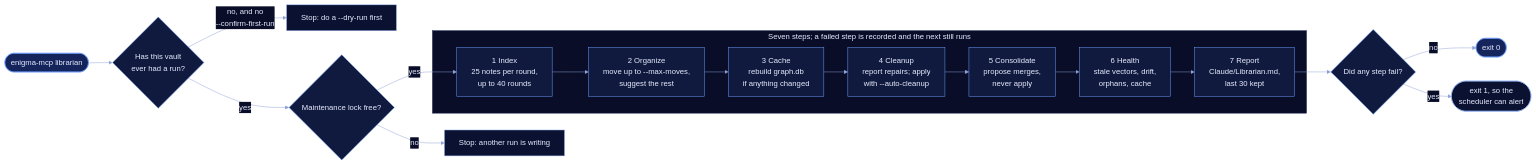
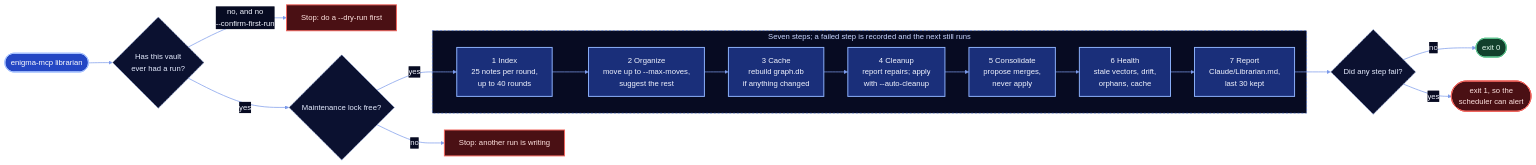
Before and after one commit to Rayhanson-Git/enigma: the third of 3 diagrams in README.md, drawn with Mermaid. The commit also changed other lines of this file and 5 other files, not shown here.

Commit message:
docs: real Obsidian animation recording, logo-coloured emblem, coloured diagrams

````diff
--- a/README.md
+++ b/README.md
@@ -230,29 +261,41 @@
 ```mermaid
-%%{init: {"theme": "base", "themeVariables": {"fontFamily": "-apple-system, Segoe UI, Helvetica, Arial, sans-serif", "primaryColor": "#101A3E", "primaryTextColor": "#E6ECFF", "primaryBorderColor": "#6FA0FF", "lineColor": "#8FA3D6", "clusterBkg": "#090D28", "clusterBorder": "#25315F", "titleColor": "#E6ECFF", "edgeLabelBackground": "#090D28", "tertiaryTextColor": "#E6ECFF"}}}%%
+%%{init: {"theme": "base", "flowchart": {"curve": "basis"}, "themeVariables": {"fontFamily": "-apple-system, Segoe UI, Helvetica, Arial, sans-serif", "primaryColor": "#101A3E", "primaryTextColor": "#F2F5FF", "primaryBorderColor": "#6FA0FF", "lineColor": "#7C9BEA", "clusterBkg": "#070B22", "clusterBorder": "#3D6BE0", "titleColor": "#C9D6FF", "edgeLabelBackground": "#070B22", "tertiaryTextColor": "#E6ECFF"}}}%%
 flowchart LR
   start(["enigma-mcp librarian"]) --> first{"Has this vault<br/>ever had a run?"}
   first -->|"no, and no<br/>--confirm-first-run"| refuse["Stop: do a --dry-run first"]
   first -->|yes| lk{"Maintenance lock free?"}
   lk -->|no| busy["Stop: another run is writing"]
   lk -->|yes| s1
 
   subgraph steps["Seven steps; a failed step is recorded and the next still runs"]
     s1["1 Index<br/>25 notes per round,<br/>up to 40 rounds"] --> s2["2 Organize<br/>move up to --max-moves,<br/>suggest the rest"]
     s2 --> s3["3 Cache<br/>rebuild graph.db<br/>if anything changed"]
     s3 --> s4["4 Cleanup<br/>report repairs; apply<br/>with --auto-cleanup"]
     s4 --> s5["5 Consolidate<br/>propose merges,<br/>never apply"]
     s5 --> s6["6 Health<br/>stale vectors, drift,<br/>orphans, cache"]
     s6 --> s7["7 Report<br/>Claude/Librarian.md,<br/>last 30 kept"]
   end
 
   s7 --> done{"Did any step fail?"}
   done -->|no| ok(["exit 0"])
   done -->|yes| bad(["exit 1, so the<br/>scheduler can alert"])
 
-  class start,ok entry
+  class start entry
+  class ok good
+  class first,lk,done ask
+  class s1,s2,s3,s4,s5,s6,s7 lane
   class refuse,busy,bad stop
-  classDef outside fill:#0B1130,stroke:#8FA3D6,color:#E6ECFF
-  classDef entry fill:#16245C,stroke:#6FA0FF,color:#E6ECFF
-  classDef store fill:#0B1130,stroke:#5ED0E6,color:#E6ECFF
-  classDef stop fill:#0B1130,stroke:#9DBBFF,color:#E6ECFF
+  style steps fill:#070B22,stroke:#3D6BE0,stroke-dasharray:4 4
+  classDef outside fill:#1B1D26,stroke:#C9C4B9,stroke-width:1.5px,color:#F4F2EC
+  classDef warn fill:#2A1014,stroke:#F0635B,stroke-width:1.5px,stroke-dasharray:5 3,color:#FFE3E0
+  classDef entry fill:#2447C4,stroke:#A9C4FF,stroke-width:2px,color:#FFFFFF
+  classDef part fill:#101A3E,stroke:#6FA0FF,stroke-width:1.5px,color:#E6ECFF
+  classDef lane fill:#1A2F7A,stroke:#8FB4FF,stroke-width:2px,color:#F2F5FF
+  classDef ask fill:#0B1130,stroke:#8FA3D6,stroke-width:1.5px,stroke-dasharray:5 3,color:#E6ECFF
+  classDef source fill:#12402C,stroke:#5EC28F,stroke-width:1.5px,color:#E6FFF2
+  classDef store fill:#0A3440,stroke:#5ED0E6,stroke-width:1.5px,color:#E3FBFF
+  classDef model fill:#241A52,stroke:#A78BFA,stroke-width:1.5px,color:#EFE9FF
+  classDef good fill:#12402C,stroke:#5EC28F,stroke-width:2px,color:#E6FFF2
+  classDef stop fill:#4A1014,stroke:#F0635B,stroke-width:2px,color:#FFE3E0
+  linkStyle default stroke:#7C9BEA,stroke-width:1.5px
 ```
````
